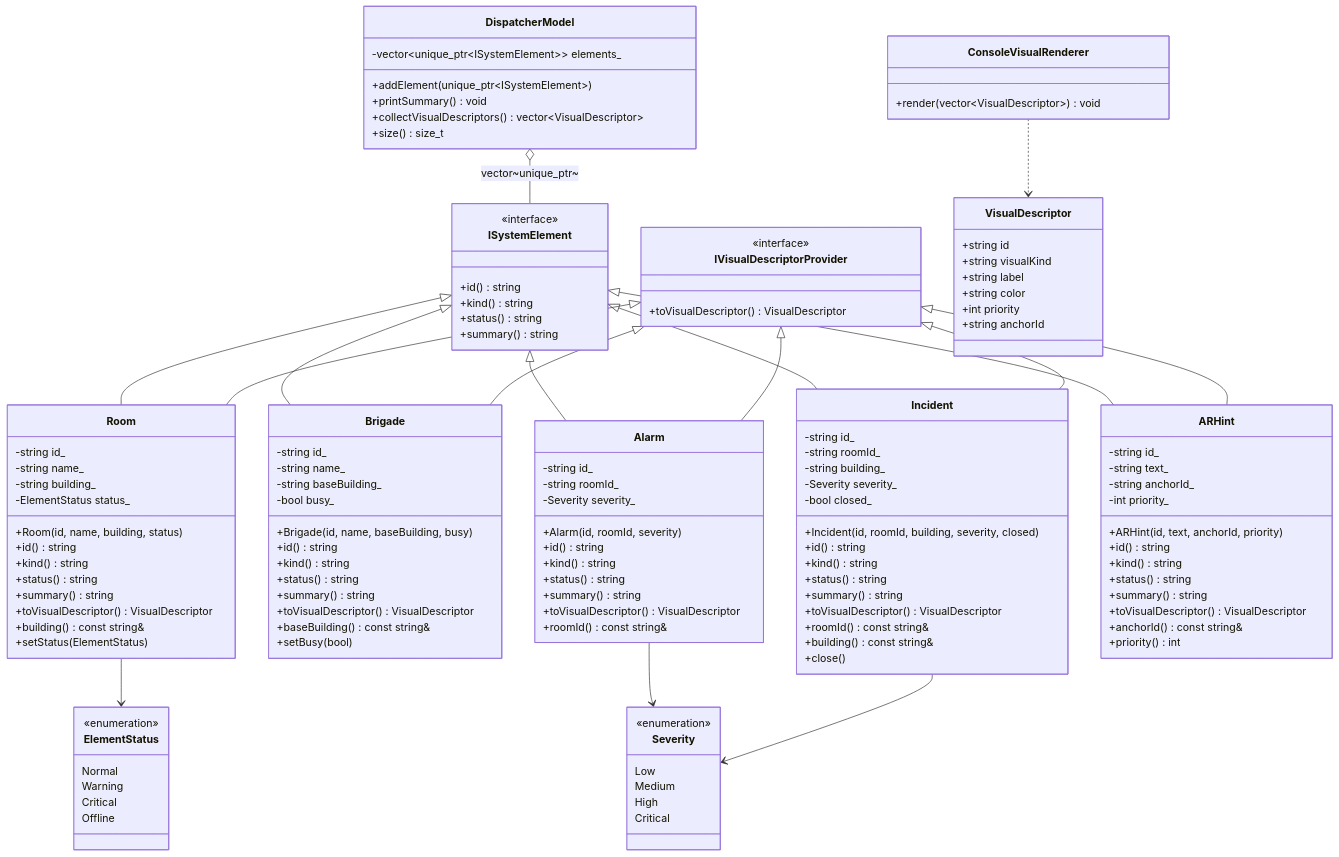
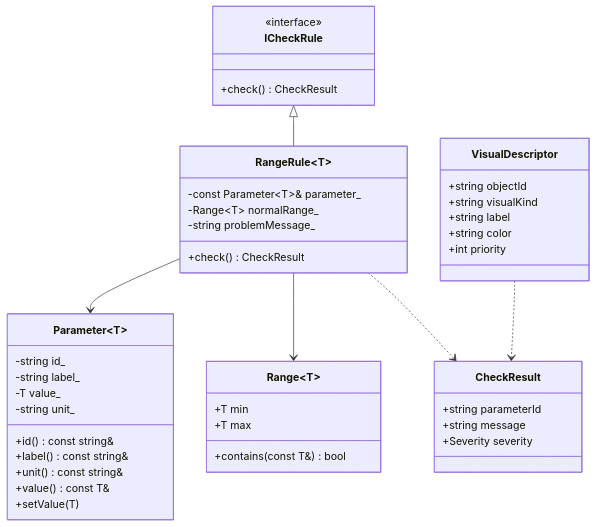
One commit to Nerieme/dispatcher_trainer changed the diagram in diagrams/model.mmd. Above: the diagram before and after it, drawn with Mermaid. The commit also changed 39 other files, not shown here.

```diff
--- a/diagrams/model.mmd
+++ b/diagrams/model.mmd
@@ -1,144 +1,44 @@
 classDiagram
-    class ISystemElement {
+    class ICheckRule {
         <<interface>>
-        +id() string
-        +kind() string
-        +status() string
-        +summary() string
+        +check() CheckResult
     }
-
-    class IVisualDescriptorProvider {
-        <<interface>>
-        +toVisualDescriptor() VisualDescriptor
+    class RangeRule~T~ {
+        -const Parameter~T~& parameter_
+        -Range~T~ normalRange_
+        -string problemMessage_
+        +check() CheckResult
     }
-
-    class Room {
+    class Range~T~ {
+        +T min
+        +T max
+        +contains(const T&) bool
+    }
+    class Parameter~T~ {
         -string id_
-        -string name_
-        -string building_
-        -ElementStatus status_
-        +Room(id, name, building, status)
-        +id() string
-        +kind() string
-        +status() string
-        +summary() string
-        +toVisualDescriptor() VisualDescriptor
-        +building() const string&
-        +setStatus(ElementStatus)
+        -string label_
+        -T value_
+        -string unit_
+        +id() const string&
+        +label() const string&
+        +unit() const string&
+        +value() const T&
+        +setValue(T)
     }
-
-    class Brigade {
-        -string id_
-        -string name_
-        -string baseBuilding_
-        -bool busy_
-        +Brigade(id, name, baseBuilding, busy)
-        +id() string
-        +kind() string
-        +status() string
-        +summary() string
-        +toVisualDescriptor() VisualDescriptor
-        +baseBuilding() const string&
-        +setBusy(bool)
+    class CheckResult {
+        +string parameterId
+        +string message
+        +Severity severity
     }
-
-    class Alarm {
-        -string id_
-        -string roomId_
-        -Severity severity_
-        +Alarm(id, roomId, severity)
-        +id() string
-        +kind() string
-        +status() string
-        +summary() string
-        +toVisualDescriptor() VisualDescriptor
-        +roomId() const string&
-    }
-
-    class Incident {
-        -string id_
-        -string roomId_
-        -string building_
-        -Severity severity_
-        -bool closed_
-        +Incident(id, roomId, building, severity, closed)
-        +id() string
-        +kind() string
-        +status() string
-        +summary() string
-        +toVisualDescriptor() VisualDescriptor
-        +roomId() const string&
-        +building() const string&
-        +close()
-    }
-
-    class ARHint {
-        -string id_
-        -string text_
-        -string anchorId_
-        -int priority_
-        +ARHint(id, text, anchorId, priority)
-        +id() string
-        +kind() string
-        +status() string
-        +summary() string
-        +toVisualDescriptor() VisualDescriptor
-        +anchorId() const string&
-        +priority() int
-    }
-
     class VisualDescriptor {
-        +string id
+        +string objectId
         +string visualKind
         +string label
         +string color
         +int priority
-        +string anchorId
     }
-
-    class ConsoleVisualRenderer {
-        +render(vector~VisualDescriptor~) void
-    }
-
-    class DispatcherModel {
-        -vector~unique_ptr~ISystemElement~~ elements_
-        +addElement(unique_ptr~ISystemElement~)
-        +printSummary() void
-        +collectVisualDescriptors() vector~VisualDescriptor~
-        +size() size_t
-    }
-
-    class ElementStatus {
-        <<enumeration>>
-        Normal
-        Warning
-        Critical
-        Offline
-    }
-
-    class Severity {
-        <<enumeration>>
-        Low
-        Medium
-        High
-        Critical
-    }
-
-    ISystemElement <|-- Room
-    ISystemElement <|-- Brigade
-    ISystemElement <|-- Alarm
-    ISystemElement <|-- Incident
-    ISystemElement <|-- ARHint
-
-    IVisualDescriptorProvider <|-- Room
-    IVisualDescriptorProvider <|-- Brigade
-    IVisualDescriptorProvider <|-- Alarm
-    IVisualDescriptorProvider <|-- Incident
-    IVisualDescriptorProvider <|-- ARHint
-
-    Room --> ElementStatus
-    Alarm --> Severity
-    Incident --> Severity
-
-    DispatcherModel o-- ISystemElement : vector~unique_ptr~
-    ConsoleVisualRenderer ..> VisualDescriptor
+    ICheckRule <|-- RangeRule~T~
+    RangeRule~T~ --> Parameter~T~
+    RangeRule~T~ --> Range~T~
+    RangeRule~T~ ..> CheckResult
+    VisualDescriptor ..> CheckResult
```
